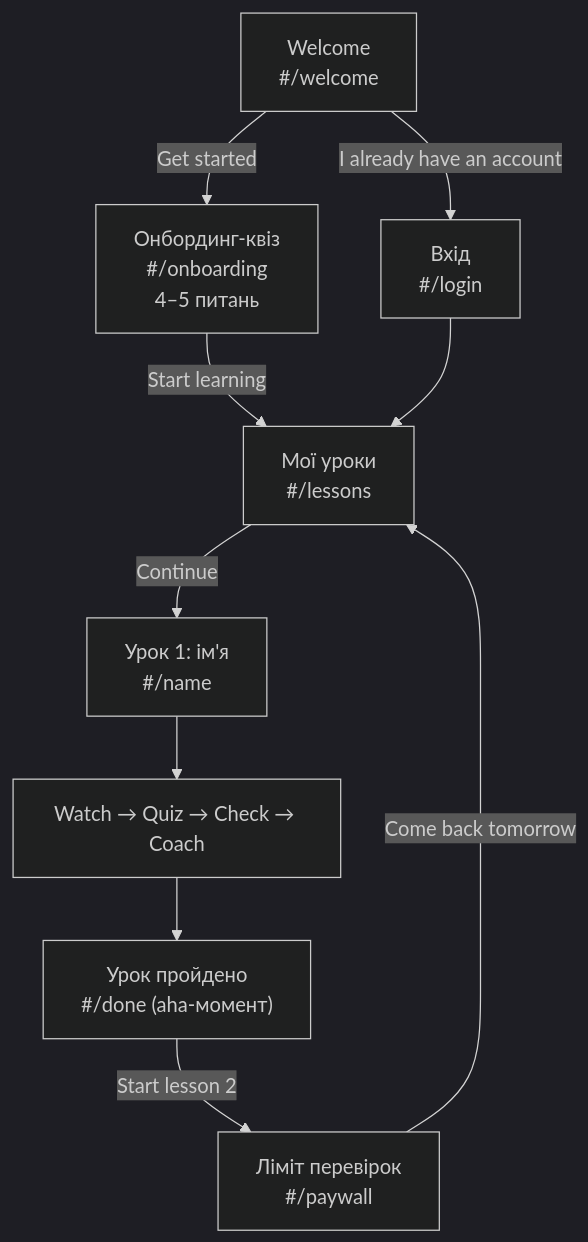
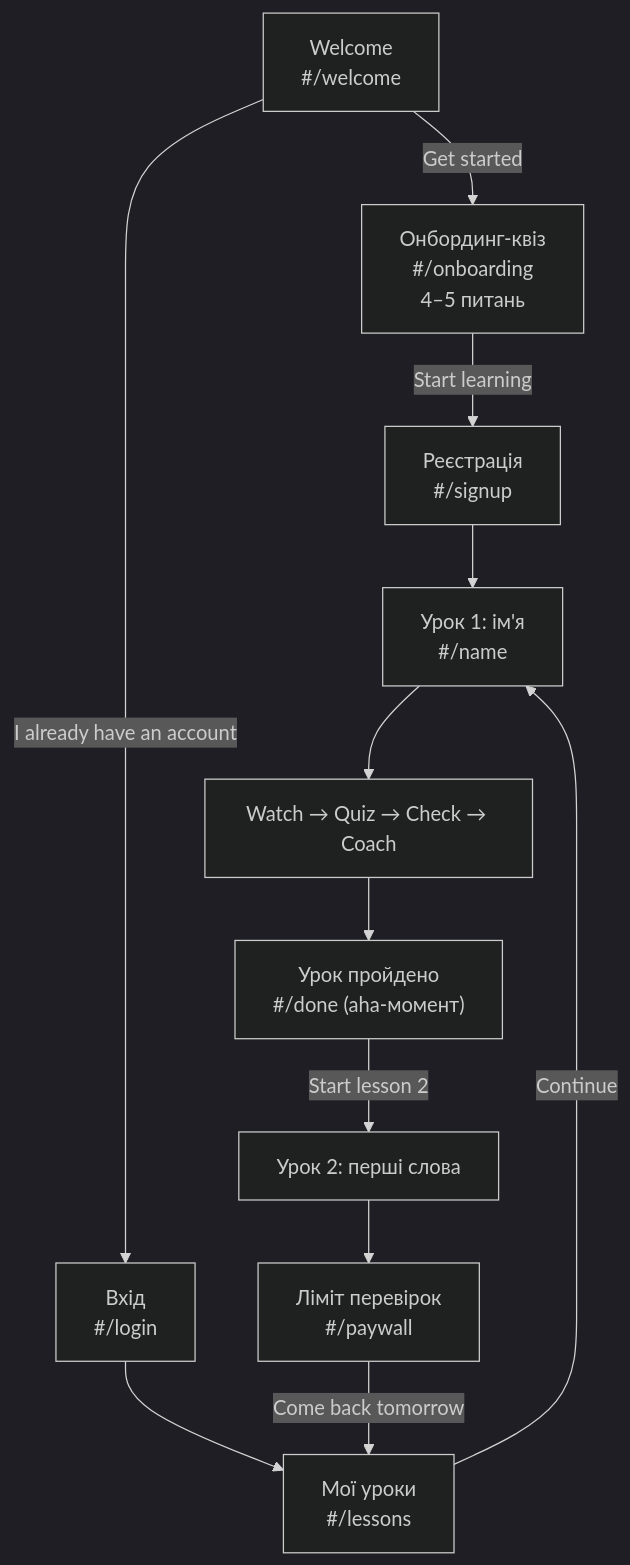
Before and after one commit to go-dvlpr/gnss-hackathon: the diagram in USER-JOURNEY.md, drawn with Mermaid (dark theme). The commit also changed other lines of this file and 42 other files, not shown here.

````diff
--- a/USER-JOURNEY.md
+++ b/USER-JOURNEY.md
@@ -10,12 +11,14 @@
 ```mermaid
 flowchart TD
     W["Welcome<br/>#/welcome"] -->|Get started| O["Онбординг-квіз<br/>#/onboarding<br/>4–5 питань"]
     W -->|I already have an account| L["Вхід<br/>#/login"]
-    O -->|Start learning| LS["Мої уроки<br/>#/lessons"]
-    L --> LS
+    O -->|Start learning| S["Реєстрація<br/>#/signup"]
+    S --> N
+    L --> LS["Мої уроки<br/>#/lessons"]
     LS -->|Continue| N["Урок 1: ім'я<br/>#/name"]
     N --> LOOP["Watch → Quiz → Check → Coach"]
     LOOP --> D["Урок пройдено<br/>#/done (aha-момент)"]
-    D -->|Start lesson 2| PW["Ліміт перевірок<br/>#/paywall"]
+    D -->|Start lesson 2| WORDS["Урок 2: перші слова"]
+    WORDS --> PW["Ліміт перевірок<br/>#/paywall"]
     PW -->|Come back tomorrow| LS
 ```
````
